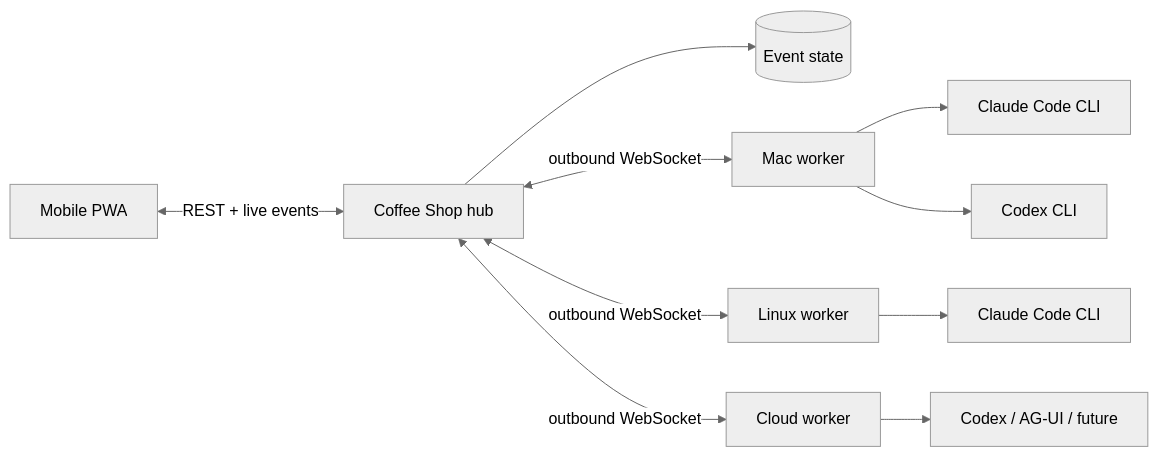
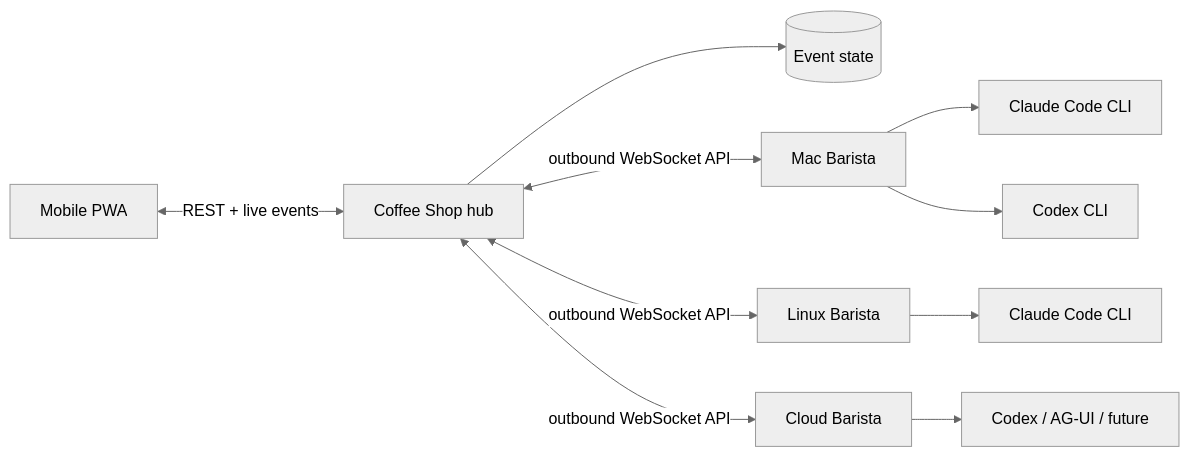
One commit to cafecito-games/CoffeeShop changed the diagram in docs/architecture.md. Above: the diagram before and after it, drawn with Mermaid (neutral theme). The commit also changed other lines of this file and 35 other files, not shown here.

````diff
--- a/docs/architecture.md
+++ b/docs/architecture.md
@@ -5,12 +5,12 @@
 ```mermaid
 flowchart LR
   PWA[Mobile PWA] <-->|REST + live events| Hub[Coffee Shop hub]
   Hub --> Store[(Event state)]
-  Hub <-->|outbound WebSocket| Mac[Mac worker]
-  Hub <-->|outbound WebSocket| Home[Linux worker]
-  Hub <-->|outbound WebSocket| Cloud[Cloud worker]
+  Hub <-->|outbound WebSocket API| Mac[Mac Barista]
+  Hub <-->|outbound WebSocket API| Home[Linux Barista]
+  Hub <-->|outbound WebSocket API| Cloud[Cloud Barista]
   Mac --> Claude[Claude Code CLI]
   Mac --> Codex[Codex CLI]
   Home --> Claude2[Claude Code CLI]
   Cloud --> Harness[Codex / AG-UI / future]
 ```
````
